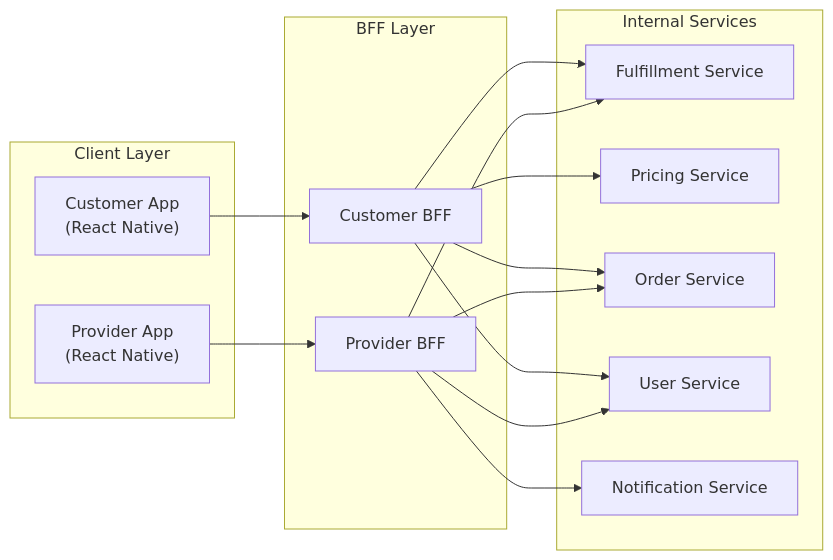
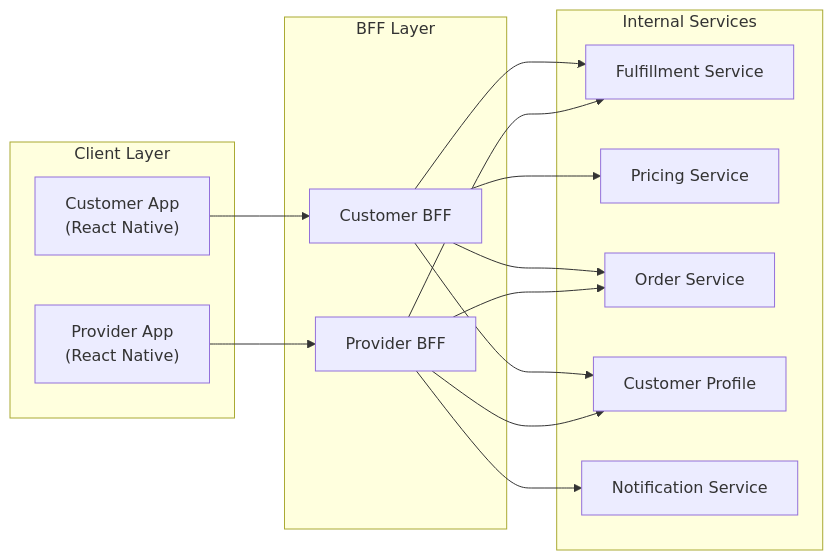
The first of 5 diagrams in 09-mobile-and-frontend/01-mobile-standards.md (rishikeshdhokare/platform-manifesto), drawn with Mermaid before and after one commit.

Commit message:
fix: align mobile BFF diagram service names with domain catalog
Replaced 'User Service' with the canonical 'Customer Profile' name used in the domain catalog.

Fixes #66

````diff
--- a/09-mobile-and-frontend/01-mobile-standards.md
+++ b/09-mobile-and-frontend/01-mobile-standards.md
@@ -68,31 +68,31 @@
 ```mermaid
 flowchart LR
     subgraph "Client Layer"
         RA["Customer App\n(React Native)"]
         DA["Provider App\n(React Native)"]
     end
 
     subgraph "BFF Layer"
         RBFF["Customer BFF"]
         DBFF["Provider BFF"]
     end
 
     subgraph "Internal Services"
         MS["Fulfillment Service"]
         PS["Pricing Service"]
         TS["Order Service"]
-        US["User Service"]
+        CP["Customer Profile"]
         NS["Notification Service"]
     end
 
     RA --> RBFF
     DA --> DBFF
     RBFF --> MS
     RBFF --> PS
     RBFF --> TS
-    RBFF --> US
+    RBFF --> CP
     DBFF --> MS
     DBFF --> TS
-    DBFF --> US
+    DBFF --> CP
     DBFF --> NS
 ```
````
